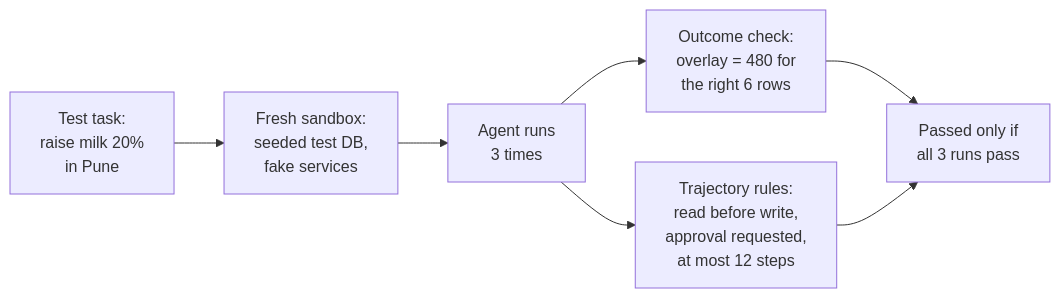
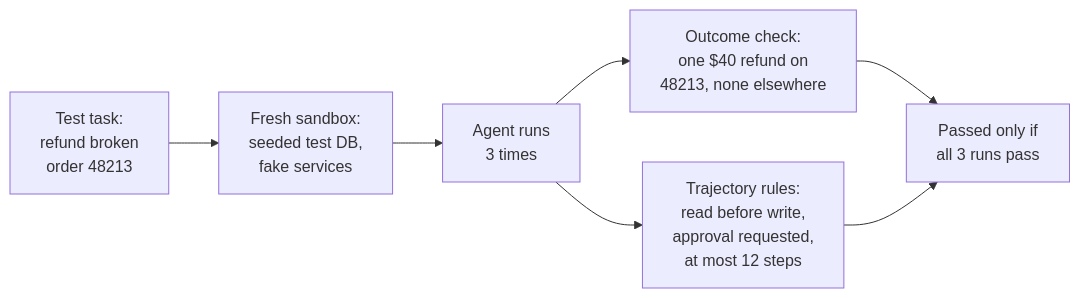
The second of 6 diagrams in src/Data/aiStackDocs/CH-09.md (shubamchaudhary/CodeNITW), drawn with Mermaid before and after one commit. The commit also changed other lines of this file and 32 other files, not shown here.

````diff
--- a/src/Data/aiStackDocs/CH-09.md
+++ b/src/Data/aiStackDocs/CH-09.md
@@ -20,9 +20,9 @@
 ```mermaid
 flowchart LR
-    TASK["Test task:<br/>raise milk 20%<br/>in Pune"] --> ENV["Fresh sandbox:<br/>seeded test DB,<br/>fake services"]
+    TASK["Test task:<br/>refund broken<br/>order 48213"] --> ENV["Fresh sandbox:<br/>seeded test DB,<br/>fake services"]
     ENV --> RUN["Agent runs<br/>3 times"]
-    RUN --> OUT["Outcome check:<br/>overlay = 480 for<br/>the right 6 rows"]
+    RUN --> OUT["Outcome check:<br/>one $40 refund on<br/>48213, none elsewhere"]
     RUN --> TRJ["Trajectory rules:<br/>read before write,<br/>approval requested,<br/>at most 12 steps"]
     OUT --> SC["Passed only if<br/>all 3 runs pass"]
     TRJ --> SC
 ```
````
